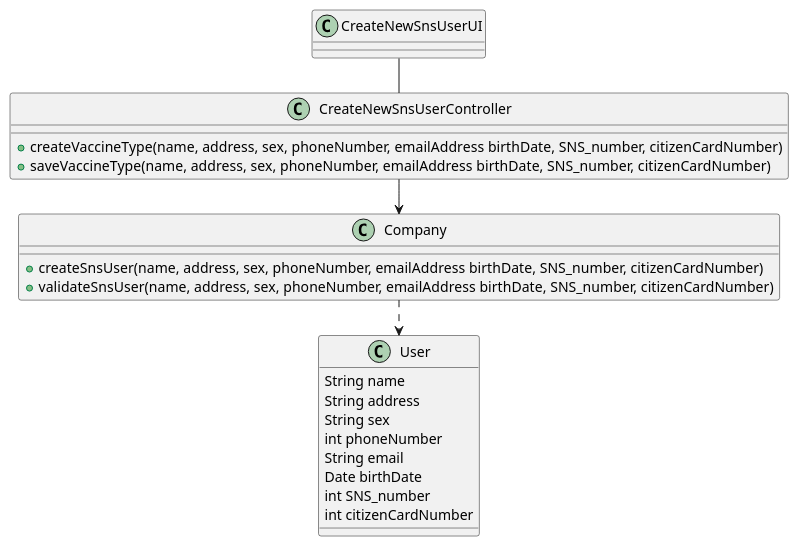
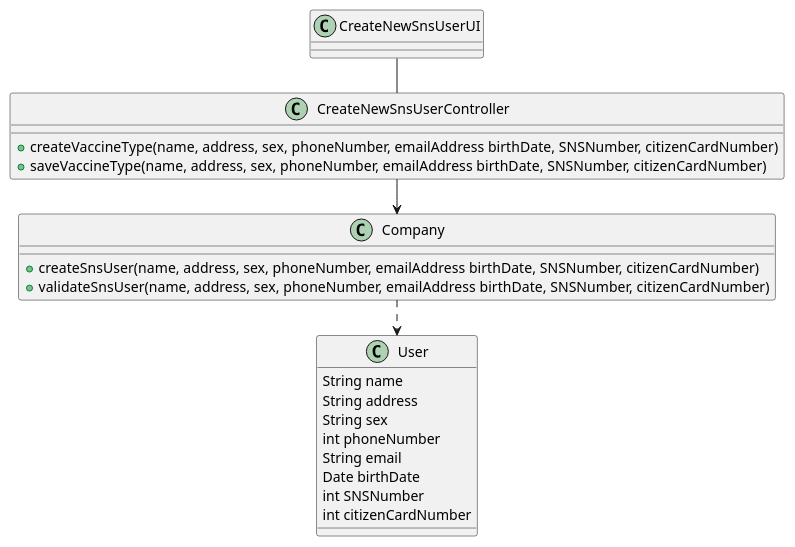
Before and after one commit to Pirussa/lei-22-s2-1da-g02: the diagram in docs/SprintB/US003/US003_CD.puml, drawn with PlantUML. The commit also changed 3 other files, not shown here.

```diff
--- a/docs/SprintB/US003/US003_CD.puml
+++ b/docs/SprintB/US003/US003_CD.puml
@@ -1,34 +1,34 @@
 @startuml
 'https://plantuml.com/class-diagram
 
 class Company {
-+createSnsUser(name, address, sex, phoneNumber, emailAddress birthDate, SNS_number, citizenCardNumber)
-+validateSnsUser(name, address, sex, phoneNumber, emailAddress birthDate, SNS_number, citizenCardNumber)
++createSnsUser(name, address, sex, phoneNumber, emailAddress birthDate, SNSNumber, citizenCardNumber)
++validateSnsUser(name, address, sex, phoneNumber, emailAddress birthDate, SNSNumber, citizenCardNumber)
 }
 
 class User {
 String name
 String address
 String sex
 int phoneNumber
 String email
 Date birthDate
-int SNS_number
+int SNSNumber
 int citizenCardNumber
 }
 
 class CreateNewSnsUserUI
 
 class CreateNewSnsUserController{
-+createVaccineType(name, address, sex, phoneNumber, emailAddress birthDate, SNS_number, citizenCardNumber)
-+saveVaccineType(name, address, sex, phoneNumber, emailAddress birthDate, SNS_number, citizenCardNumber)
++createVaccineType(name, address, sex, phoneNumber, emailAddress birthDate, SNSNumber, citizenCardNumber)
++saveVaccineType(name, address, sex, phoneNumber, emailAddress birthDate, SNSNumber, citizenCardNumber)
 }
 
 
 left to right direction
 
 CreateNewSnsUserUI - CreateNewSnsUserController
 CreateNewSnsUserController -> Company
 Company .> User
 
 @enduml
```
